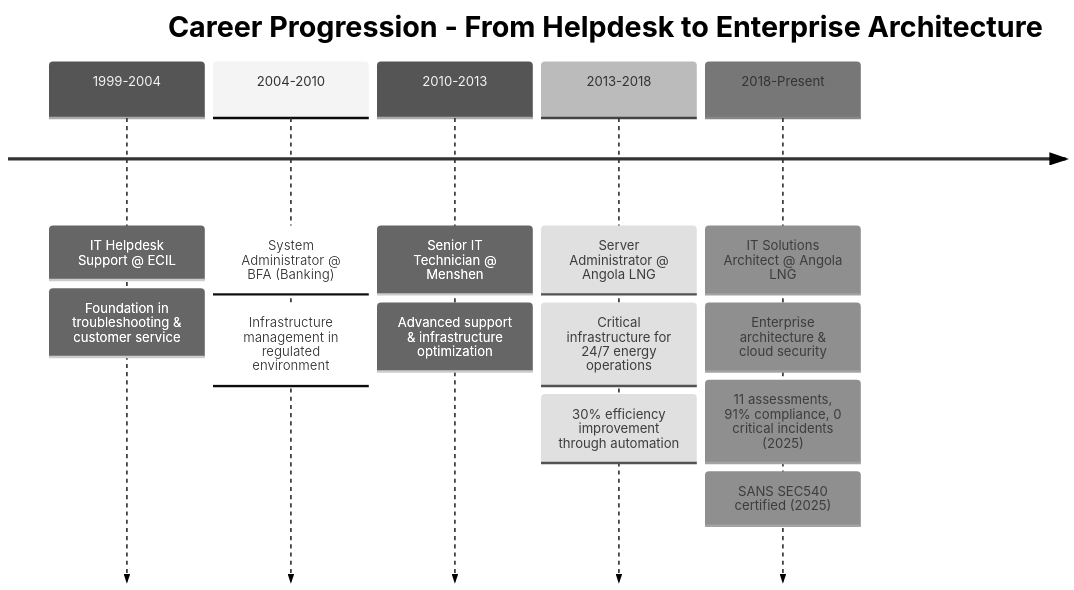
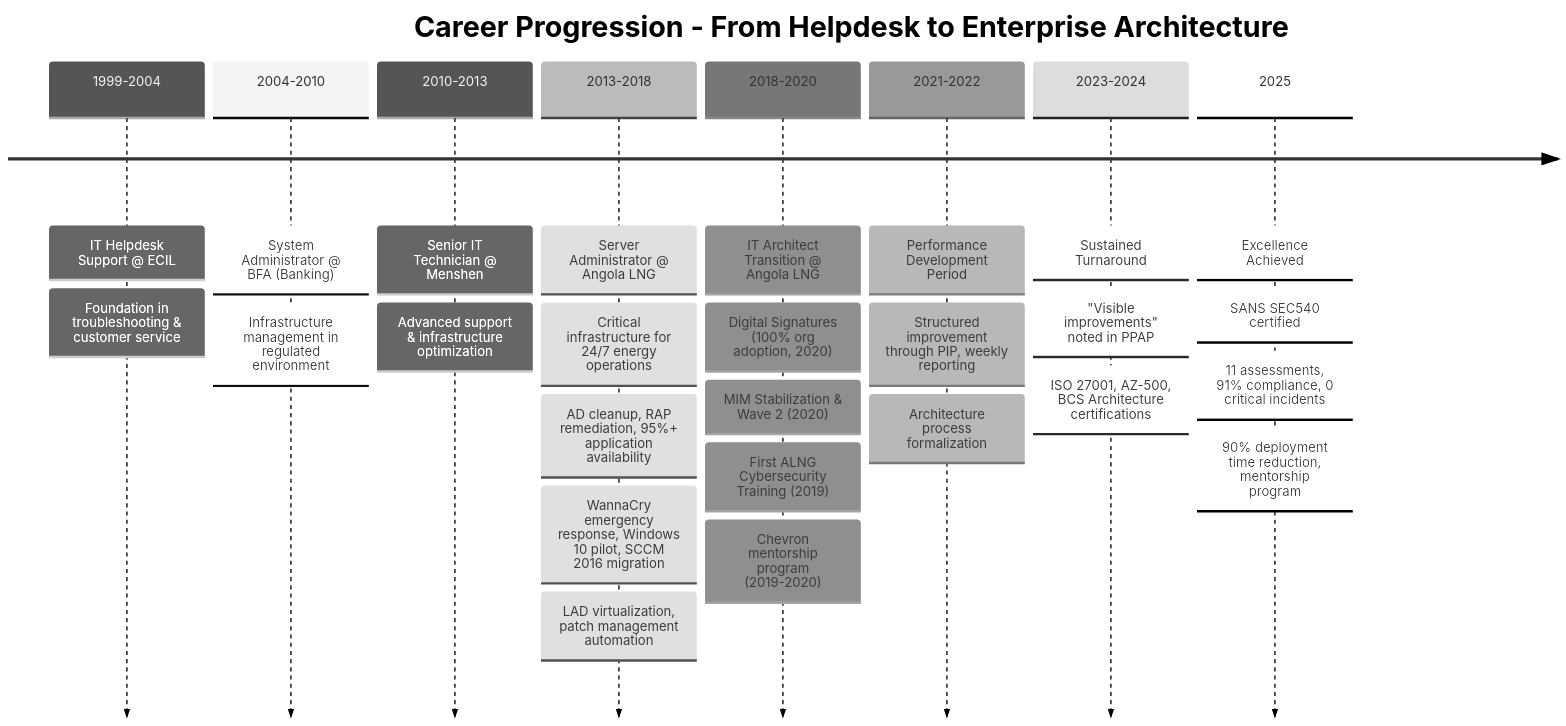
Before and after one commit to clrogon/clrogon: the diagram in README.md, drawn with Mermaid (neutral theme). The commit also changed other lines of this file, not shown here.

````diff
--- a/README.md
+++ b/README.md
@@ -112,17 +112,30 @@
 ```mermaid
 timeline
     title Career Progression - From Helpdesk to Enterprise Architecture
     1999-2004 : IT Helpdesk Support @ ECIL
               : Foundation in troubleshooting & customer service
     2004-2010 : System Administrator @ BFA (Banking)
               : Infrastructure management in regulated environment
     2010-2013 : Senior IT Technician @ Menshen
               : Advanced support & infrastructure optimization
     2013-2018 : Server Administrator @ Angola LNG
               : Critical infrastructure for 24/7 energy operations
-              : 30% efficiency improvement through automation
-    2018-Present : IT Solutions Architect @ Angola LNG
-                 : Enterprise architecture & cloud security
-                 : 11 assessments, 91% compliance, 0 critical incidents (2025)
-                 : SANS SEC540 certified (2025)
+              : AD cleanup, RAP remediation, 95%+ application availability
+              : WannaCry emergency response, Windows 10 pilot, SCCM 2016 migration
+              : LAD virtualization, patch management automation
+    2018-2020 : IT Architect Transition @ Angola LNG
+              : Digital Signatures (100% org adoption, 2020)
+              : MIM Stabilization & Wave 2 (2020)
+              : First ALNG Cybersecurity Training (2019)
+              : Chevron mentorship program (2019-2020)
+    2021-2022 : Performance Development Period
+              : Structured improvement through PIP, weekly reporting
+              : Architecture process formalization
+    2023-2024 : Sustained Turnaround
+              : "Visible improvements" noted in PPAP
+              : ISO 27001, AZ-500, BCS Architecture certifications
+    2025 : Excellence Achieved
+         : SANS SEC540 certified
+         : 11 assessments, 91% compliance, 0 critical incidents
+         : 90% deployment time reduction, mentorship program
 ```
````
